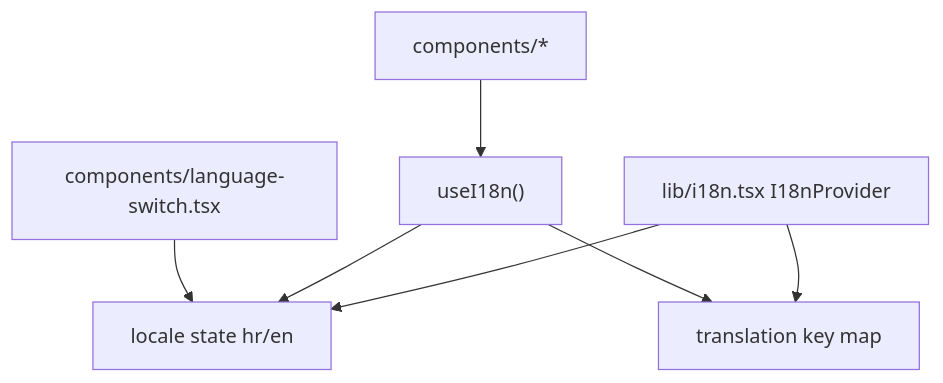
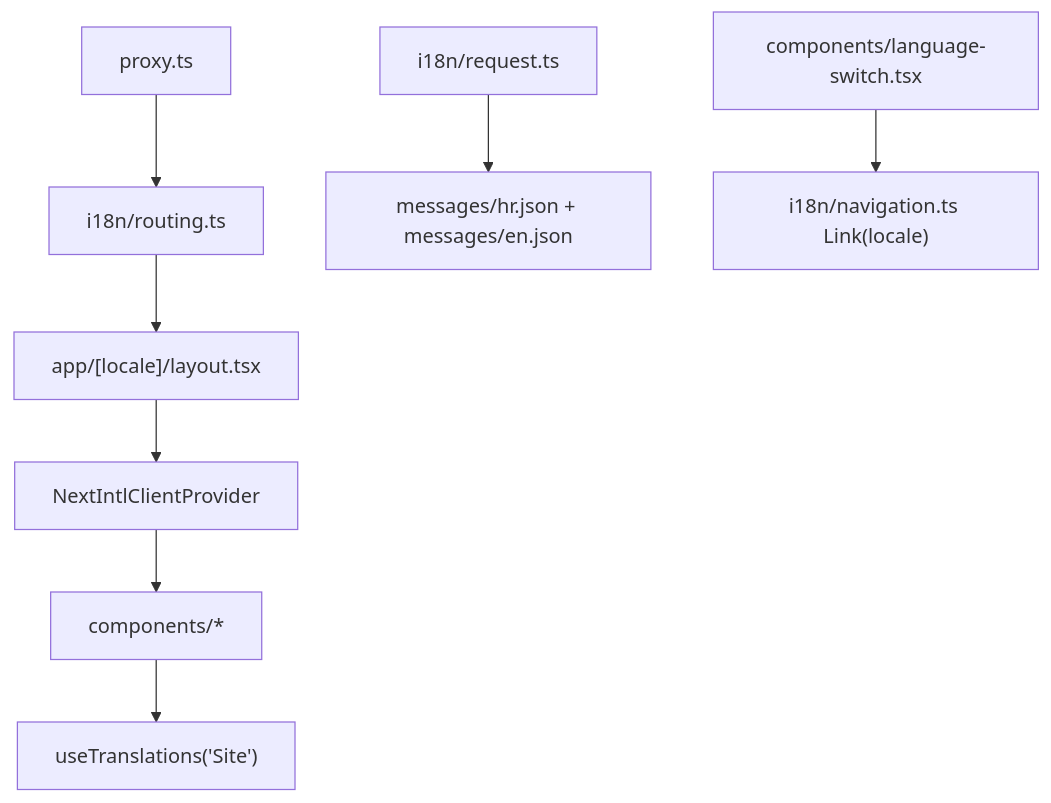
One commit to ipavic933-spec/website-pavic changed the diagram in lode/i18n/summary.md. Above: the diagram before and after it, drawn with Mermaid. The commit also changed other lines of this file and 26 other files, not shown here.

````diff
--- a/lode/i18n/summary.md
+++ b/lode/i18n/summary.md
@@ -10,9 +10,10 @@
 ```mermaid
 flowchart TD
-  Provider["lib/i18n.tsx I18nProvider"] --> State["locale state hr/en"]
-  Provider --> Dict["translation key map"]
-  Components["components/*"] --> Hook["useI18n()"]
-  Hook --> State
-  Hook --> Dict
-  LanguageSwitch["components/language-switch.tsx"] --> State
+  Proxy["proxy.ts"] --> Routing["i18n/routing.ts"]
+  Routing --> LocaleLayout["app/[locale]/layout.tsx"]
+  LocaleLayout --> Provider["NextIntlClientProvider"]
+  Provider --> Components["components/*"]
+  Request["i18n/request.ts"] --> Messages["messages/hr.json + messages/en.json"]
+  Components --> Hook["useTranslations('Site')"]
+  LanguageSwitch["components/language-switch.tsx"] --> Nav["i18n/navigation.ts Link(locale)"]
 ```
````
